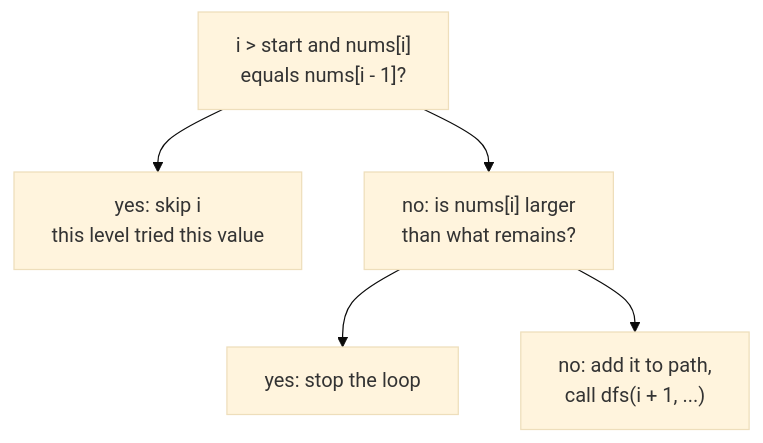
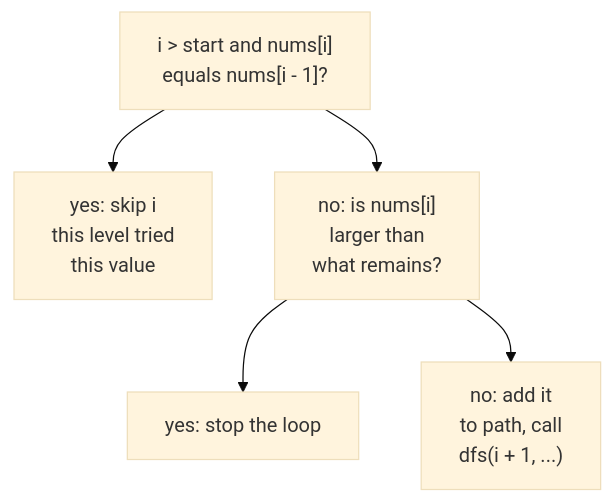
Before and after one commit to duongbui234/software-engineering-atlas: the second of 2 diagrams in content/en/problems/combination-sum-ii.md, drawn with Mermaid (base theme). The commit also changed other lines of this file and 134 other files, not shown here.

First line of the commit message:
Fit every Mermaid diagram at 390px without sideways scroll (#56)

````diff
--- a/content/en/problems/combination-sum-ii.md
+++ b/content/en/problems/combination-sum-ii.md
@@ -90,12 +90,12 @@
 ```mermaid
 flowchart TB
   Q1["i > start and nums[i]<br/>equals nums[i - 1]?"]
-  Y1["yes: skip i<br/>this level tried this value"]
-  Q2["no: is nums[i] larger<br/>than what remains?"]
+  Y1["yes: skip i<br/>this level tried<br/>this value"]
+  Q2["no: is nums[i]<br/>larger than<br/>what remains?"]
   Y2["yes: stop the loop"]
-  N2["no: add it to path,<br/>call dfs(i + 1, ...)"]
+  N2["no: add it<br/>to path, call<br/>dfs(i + 1, ...)"]
   Q1 --> Y1
   Q1 --> Q2
   Q2 --> Y2
   Q2 --> N2
 ```
````
